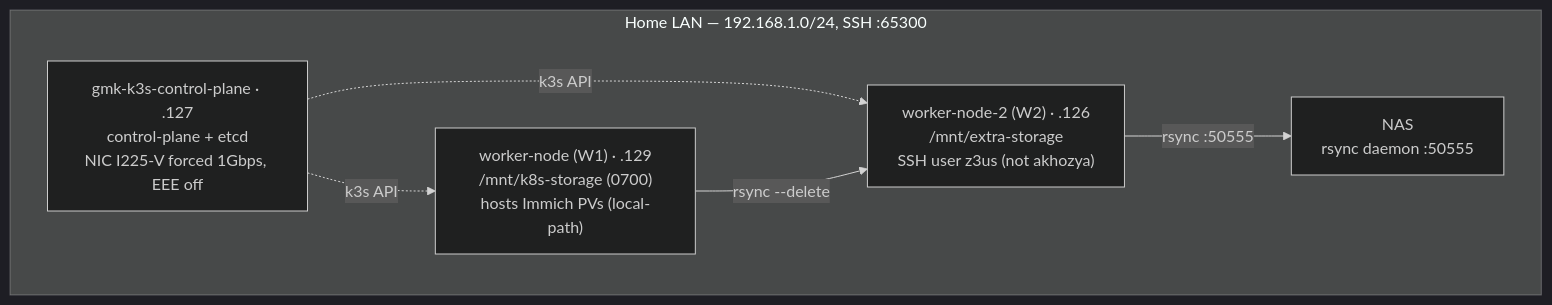
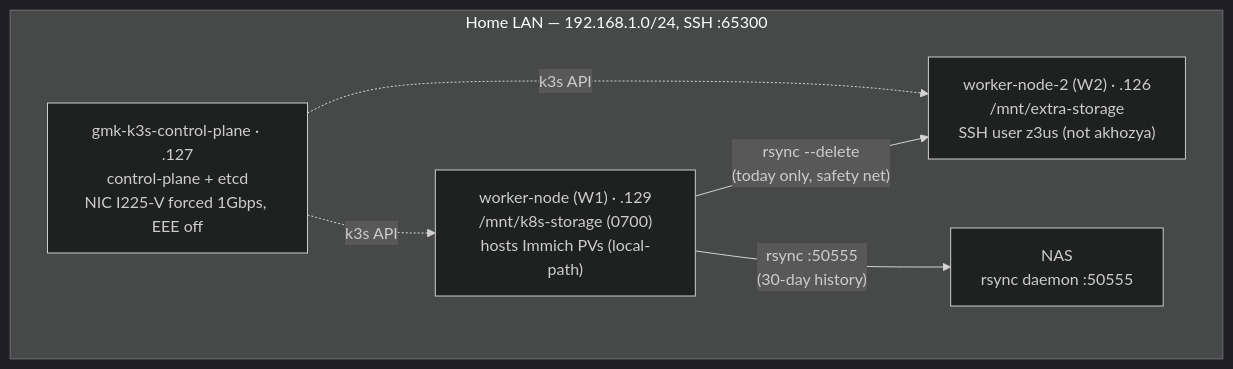
Before and after one commit to AKhozya/homelab: the first of 4 diagrams in docs/ARCHITECTURE.md, drawn with Mermaid (dark theme). The commit also changed other lines of this file and 11 other files, not shown here.

````diff
--- a/docs/ARCHITECTURE.md
+++ b/docs/ARCHITECTURE.md
@@ -22,13 +22,13 @@
 ```mermaid
 flowchart TB
   subgraph LAN["Home LAN — 192.168.1.0/24, SSH :65300"]
     CP["gmk-k3s-control-plane · .127<br/>control-plane + etcd<br/>NIC I225-V forced 1Gbps, EEE off"]
     W1["worker-node (W1) · .129<br/>/mnt/k8s-storage (0700)<br/>hosts Immich PVs (local-path)"]
     W2["worker-node-2 (W2) · .126<br/>/mnt/extra-storage<br/>SSH user z3us (not akhozya)"]
     NAS["NAS<br/>rsync daemon :50555"]
   end
   CP -. k3s API .-> W1
   CP -. k3s API .-> W2
-  W1 -->|"rsync --delete"| W2
-  W2 -->|"rsync :50555"| NAS
+  W1 -->|"rsync --delete<br/>(today only, safety net)"| W2
+  W1 -->|"rsync :50555<br/>(30-day history)"| NAS
 ```
````
